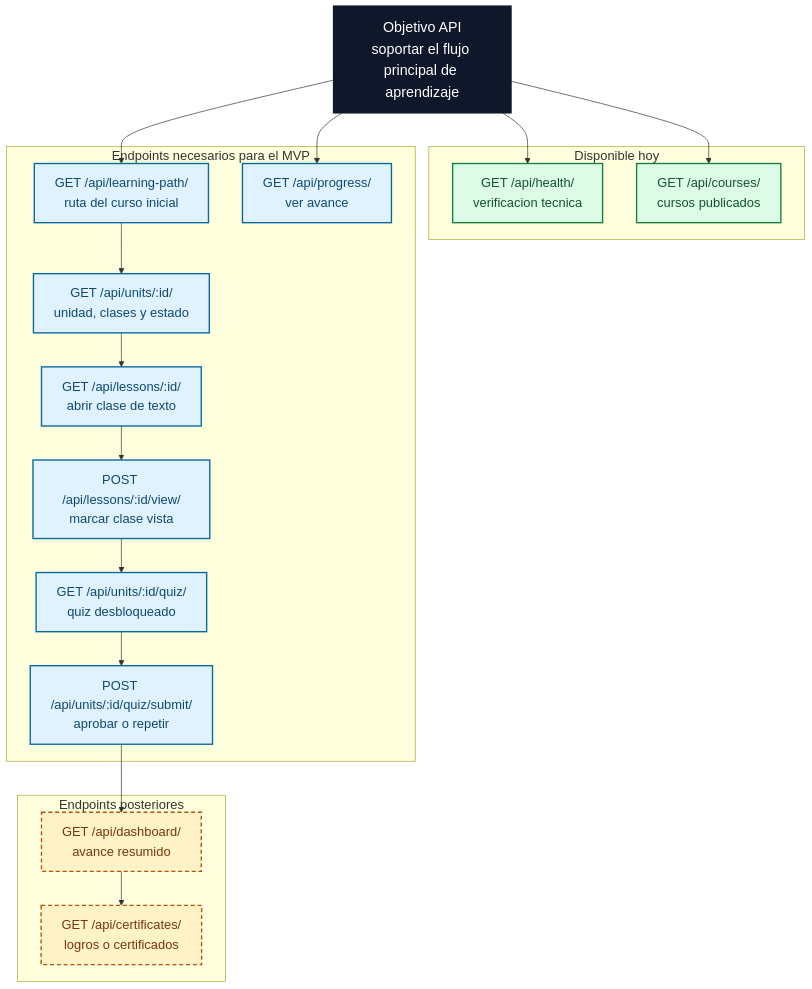
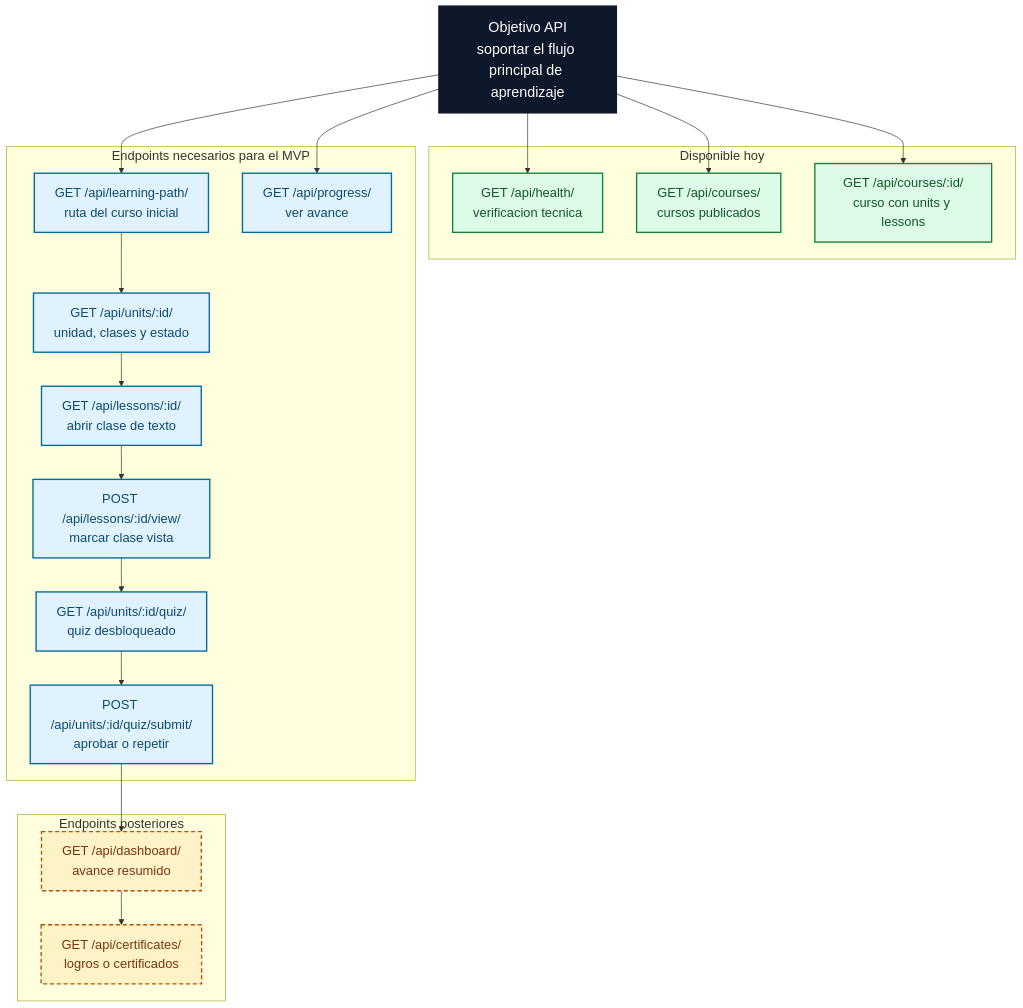
The fourth of 4 diagrams in docs/api/DIAGRAMS.md (fcamusr/portafolio-e-learning-teologia), drawn with Mermaid before and after one commit. The commit also changed other lines of this file and 19 other files, not shown here.

````diff
--- a/docs/api/DIAGRAMS.md
+++ b/docs/api/DIAGRAMS.md
@@ -115,41 +115,43 @@
 ```mermaid
 %%{init: {"themeVariables": {"fontSize": "19px", "fontFamily": "Arial"}}}%%
 flowchart TD
   Main["Objetivo API<br/>soportar el flujo principal de aprendizaje"]
 
   subgraph Current["Disponible hoy"]
     Health["GET /api/health/<br/>verificacion tecnica"]
     Courses["GET /api/courses/<br/>cursos publicados"]
+    CourseDetail["GET /api/courses/:id/<br/>curso con units y lessons"]
   end
 
   subgraph MVP["Endpoints necesarios para el MVP"]
     Path["GET /api/learning-path/<br/>ruta del curso inicial"]
     UnitDetail["GET /api/units/:id/<br/>unidad, clases y estado"]
     Lessons["GET /api/lessons/:id/<br/>abrir clase de texto"]
     ProgressRead["GET /api/progress/<br/>ver avance"]
     ProgressWrite["POST /api/lessons/:id/view/<br/>marcar clase vista"]
     QuizRead["GET /api/units/:id/quiz/<br/>quiz desbloqueado"]
     QuizSubmit["POST /api/units/:id/quiz/submit/<br/>aprobar o repetir"]
   end
 
   subgraph Future["Endpoints posteriores"]
     Dashboard["GET /api/dashboard/<br/>avance resumido"]
     Certificates["GET /api/certificates/<br/>logros o certificados"]
   end
 
   Main --> Health
   Main --> Courses
+  Main --> CourseDetail
   Main --> Path --> UnitDetail --> Lessons --> ProgressWrite --> QuizRead --> QuizSubmit
   Main --> ProgressRead
   QuizSubmit --> Dashboard --> Certificates
 
   classDef main fill:#0f172a,stroke:#0f172a,color:#ffffff,font-size:21px,stroke-width:3px
   classDef current fill:#dcfce7,stroke:#15803d,color:#14532d,font-size:19px,stroke-width:2px
   classDef mvp fill:#e0f2fe,stroke:#0369a1,color:#0c4a6e,font-size:19px,stroke-width:2px
   classDef future fill:#fef3c7,stroke:#b45309,color:#78350f,font-size:19px,stroke-width:2px,stroke-dasharray: 6 4
 
   class Main main
-  class Health,Courses current
+  class Health,Courses,CourseDetail current
   class Path,UnitDetail,Lessons,ProgressRead,ProgressWrite,QuizRead,QuizSubmit mvp
   class Dashboard,Certificates future
 ```
````
